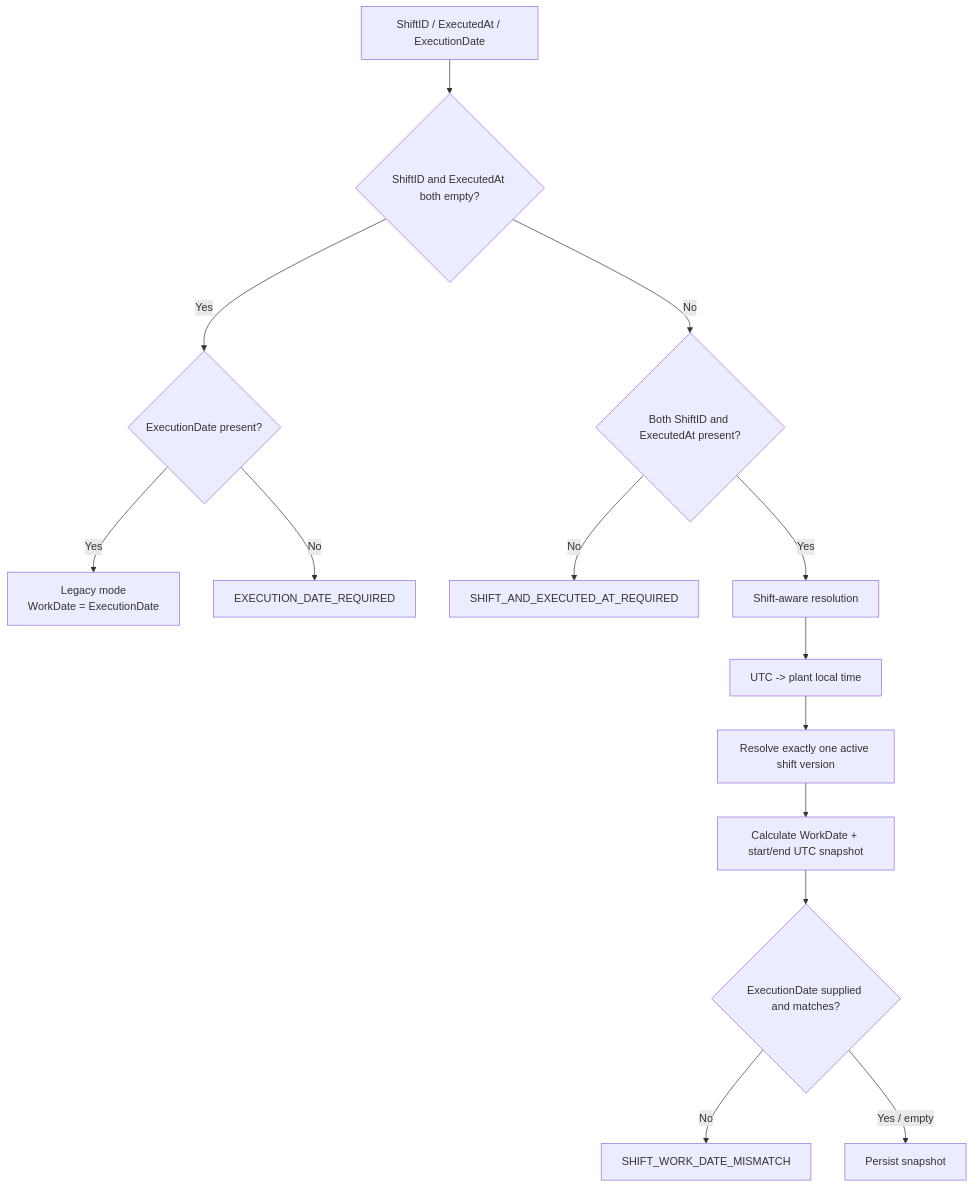
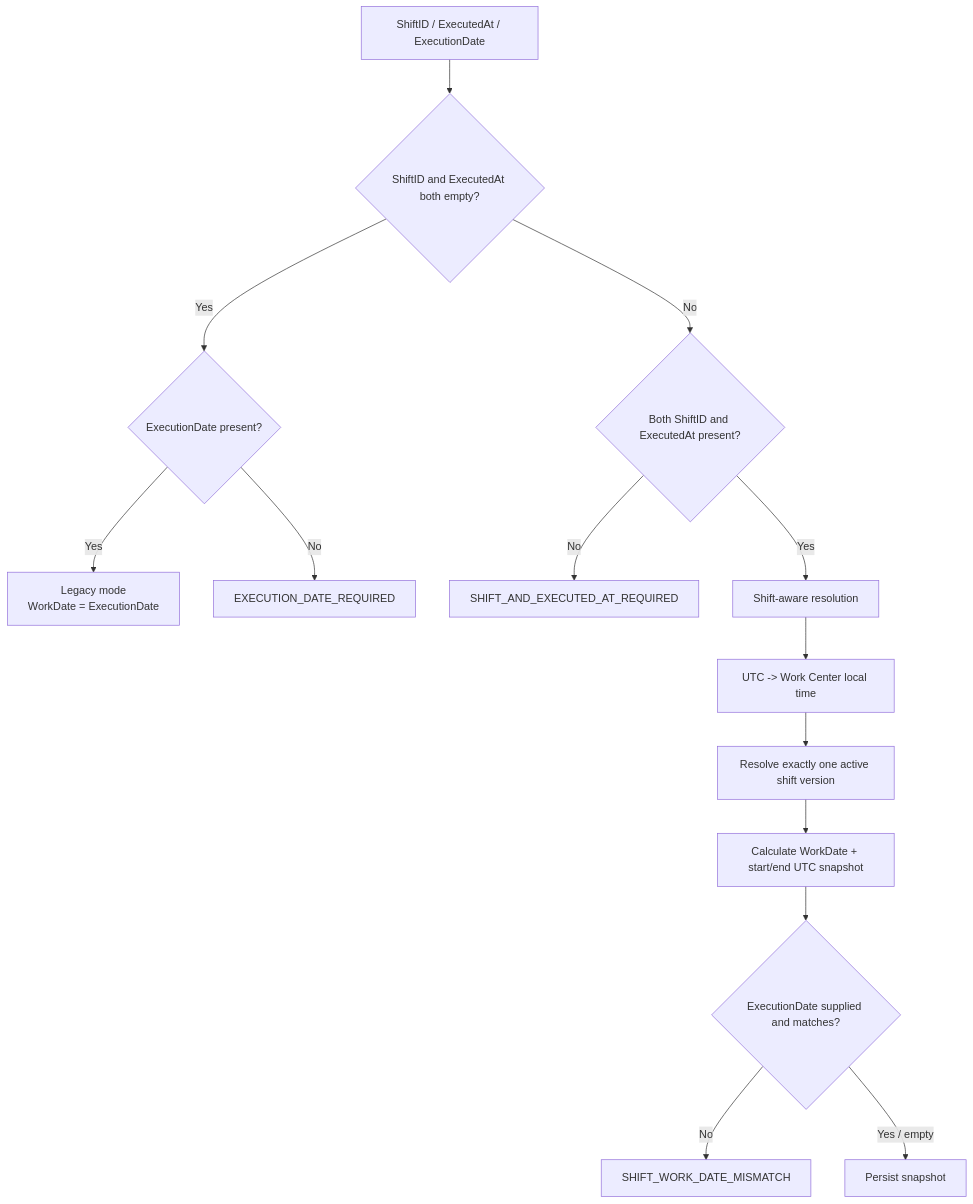
One commit to nguyenduckhiem1002-dot/abap_casla_app_mobile changed the sixth of 7 diagrams in docs/TECHNICAL_DOCUMENTATION.md. Above: the diagram before and after it, drawn with Mermaid. The commit also changed other lines of this file and 18 other files, not shown here.

````diff
--- a/docs/TECHNICAL_DOCUMENTATION.md
+++ b/docs/TECHNICAL_DOCUMENTATION.md
@@ -490,16 +500,16 @@
 ```mermaid
 flowchart TD
     I["ShiftID / ExecutedAt / ExecutionDate"] --> A{"ShiftID and ExecutedAt both empty?"}
     A -->|Yes| B{"ExecutionDate present?"}
     B -->|Yes| L["Legacy mode\nWorkDate = ExecutionDate"]
     B -->|No| E1["EXECUTION_DATE_REQUIRED"]
     A -->|No| C{"Both ShiftID and ExecutedAt present?"}
     C -->|No| E2["SHIFT_AND_EXECUTED_AT_REQUIRED"]
     C -->|Yes| N["Shift-aware resolution"]
-    N --> D["UTC -> plant local time"]
+    N --> D["UTC -> Work Center local time"]
     D --> V["Resolve exactly one active shift version"]
     V --> W["Calculate WorkDate + start/end UTC snapshot"]
     W --> X{"ExecutionDate supplied and matches?"}
     X -->|No| E3["SHIFT_WORK_DATE_MISMATCH"]
     X -->|Yes / empty| OK["Persist snapshot"]
 ```
````
